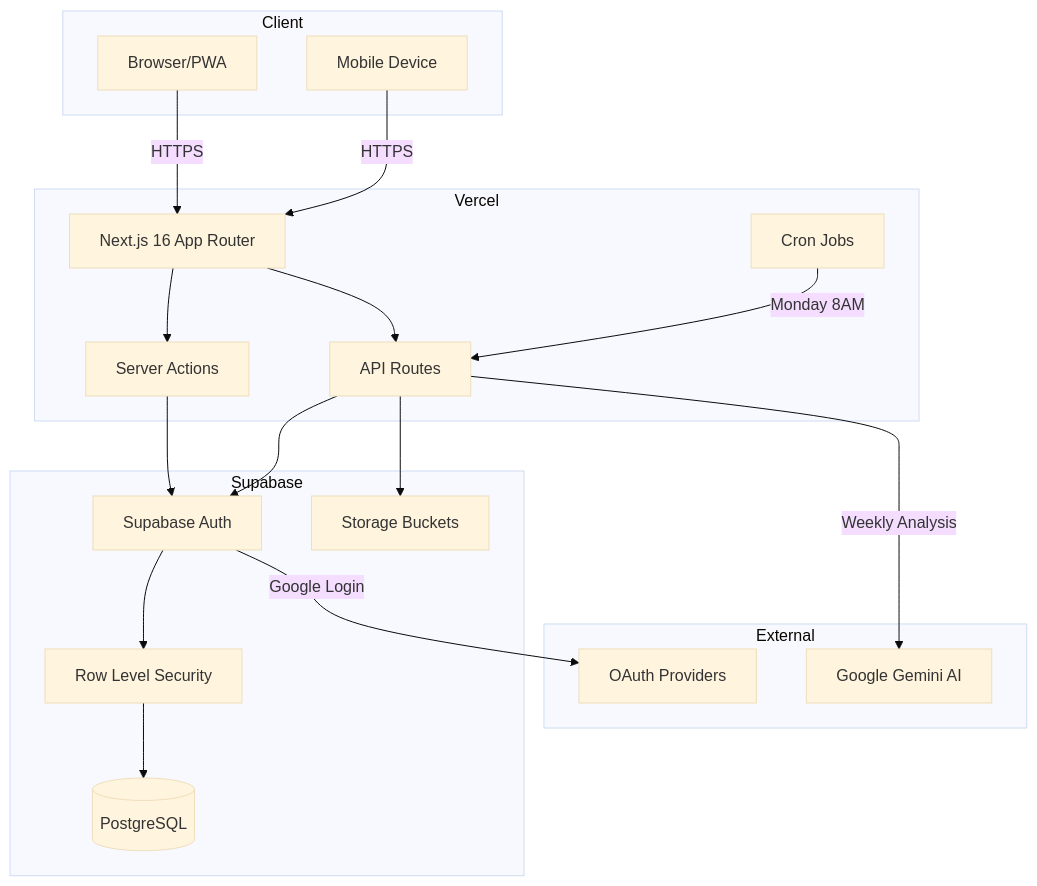
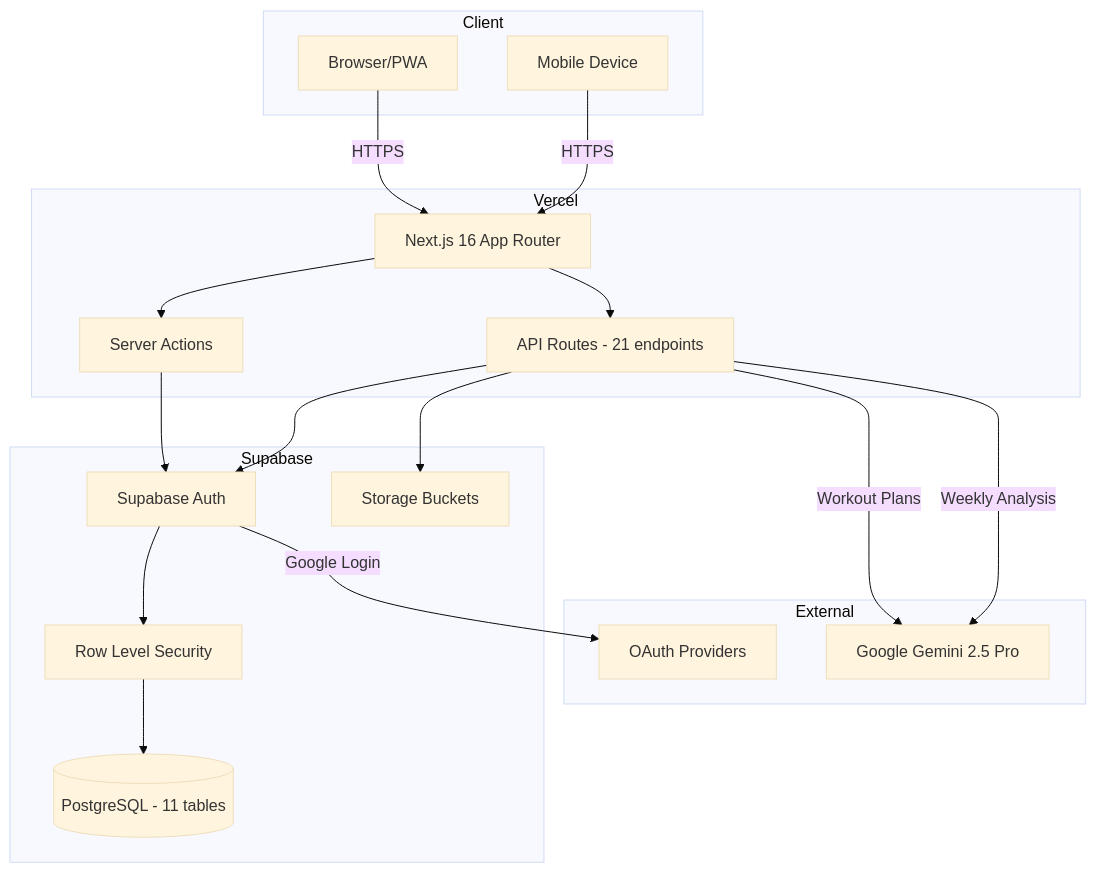
The first of 2 diagrams in docs/ARCHITECTURE.md (saurabhpro/goodhealth), drawn with Mermaid (base theme) before and after one commit. The commit also changed other lines of this file, not shown here.

````diff
--- a/docs/ARCHITECTURE.md
+++ b/docs/ARCHITECTURE.md
@@ -5,39 +5,38 @@
 ```mermaid
 graph TB
     subgraph Client
         Browser[Browser/PWA]
         Mobile[Mobile Device]
     end
 
     subgraph Vercel
         NextJS[Next.js 16 App Router]
-        API[API Routes]
+        API[API Routes - 21 endpoints]
         ServerActions[Server Actions]
-        Cron[Cron Jobs]
     end
 
     subgraph Supabase
         Auth[Supabase Auth]
-        DB[(PostgreSQL)]
+        DB[(PostgreSQL - 11 tables)]
         Storage[Storage Buckets]
         RLS[Row Level Security]
     end
 
     subgraph External
-        Gemini[Google Gemini AI]
+        Gemini[Google Gemini 2.5 Pro]
         OAuth[OAuth Providers]
     end
 
     Browser -->|HTTPS| NextJS
     Mobile -->|HTTPS| NextJS
     NextJS --> ServerActions
     NextJS --> API
     ServerActions --> Auth
     API --> Auth
     Auth --> RLS
     RLS --> DB
     API --> Storage
-    Cron -->|Monday 8AM| API
+    API -->|Workout Plans| Gemini
     API -->|Weekly Analysis| Gemini
     Auth -->|Google Login| OAuth
 ```
````
